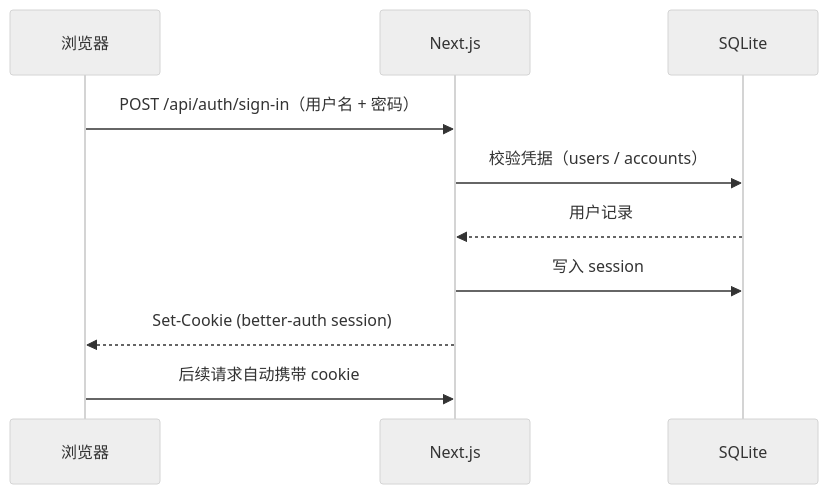
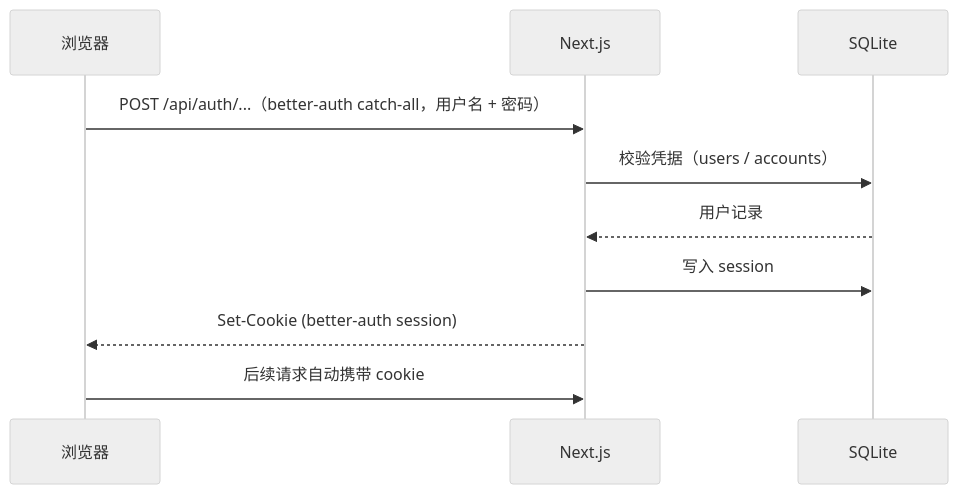
Before and after one commit to See-Cat/babyloom: the second of 3 diagrams in docs/architecture.md, drawn with Mermaid (neutral theme). The commit also changed other lines of this file and 2 other files, not shown here.

First line of the commit message:
docs: correct error envelope, auth route, bootstrap and timestamp details

````diff
--- a/docs/architecture.md
+++ b/docs/architecture.md
@@ -64,12 +64,12 @@
 ```mermaid
 sequenceDiagram
   participant U as 浏览器
   participant N as Next.js
   participant DB as SQLite
-  U->>N: POST /api/auth/sign-in（用户名 + 密码）
+  U->>N: POST /api/auth/...（better-auth catch-all，用户名 + 密码）
   N->>DB: 校验凭据（users / accounts）
   DB-->>N: 用户记录
   N->>DB: 写入 session
   N-->>U: Set-Cookie (better-auth session)
   U->>N: 后续请求自动携带 cookie
 ```
````
